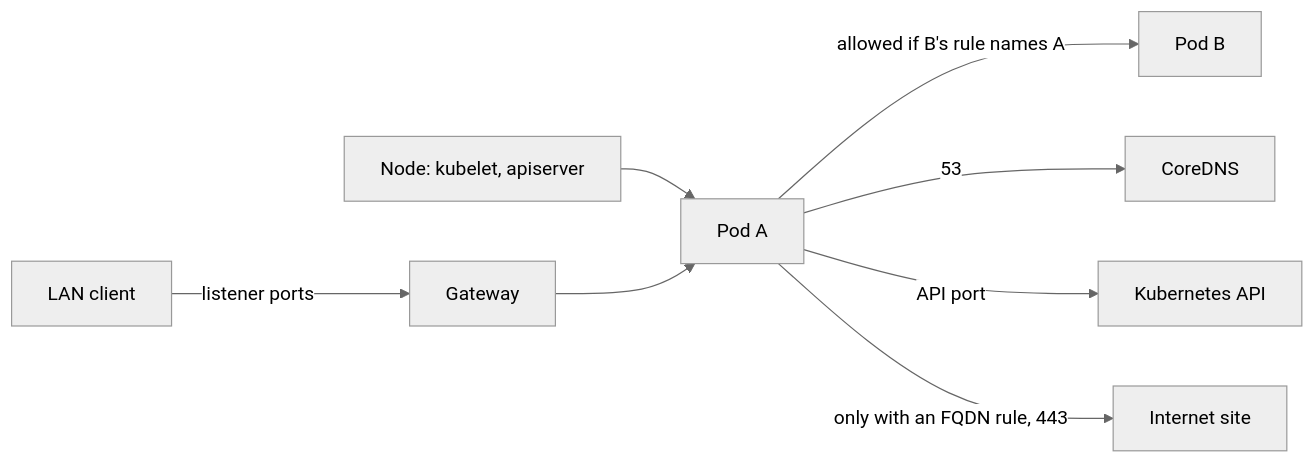
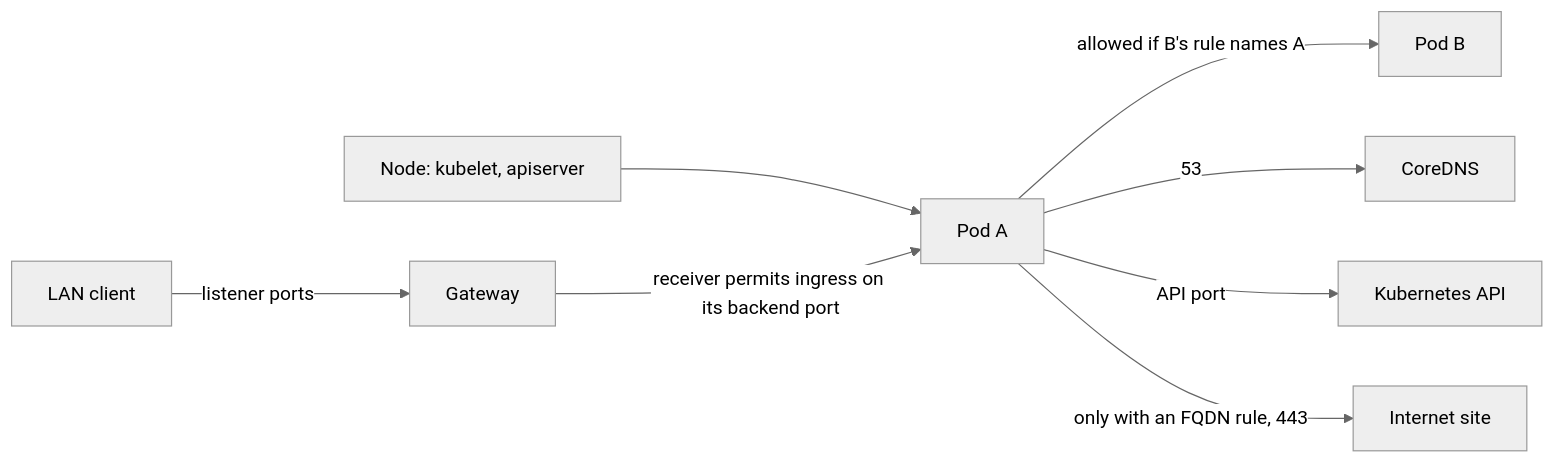
Before and after one commit to DragonBishop/data_science_cluster: the first of 5 diagrams in docs/NETWORKPOLICY.md, drawn with Mermaid (neutral theme). The commit also changed other lines of this file and 3 other files, not shown here.

````diff
--- a/docs/NETWORKPOLICY.md
+++ b/docs/NETWORKPOLICY.md
@@ -66,10 +67,10 @@
 ```mermaid
 flowchart LR
   LAN[LAN client] -->|listener ports| GW[Gateway]
   Node[Node: kubelet, apiserver] --> A
-  GW --> A[Pod A]
+  GW -->|"receiver permits ingress on its backend port"| A[Pod A]
   A -->|"allowed if B's rule names A"| B[Pod B]
   A -->|53| DNS[CoreDNS]
   A -->|API port| API[Kubernetes API]
   A -->|"only with an FQDN rule, 443"| Net[Internet site]
 ```
````
